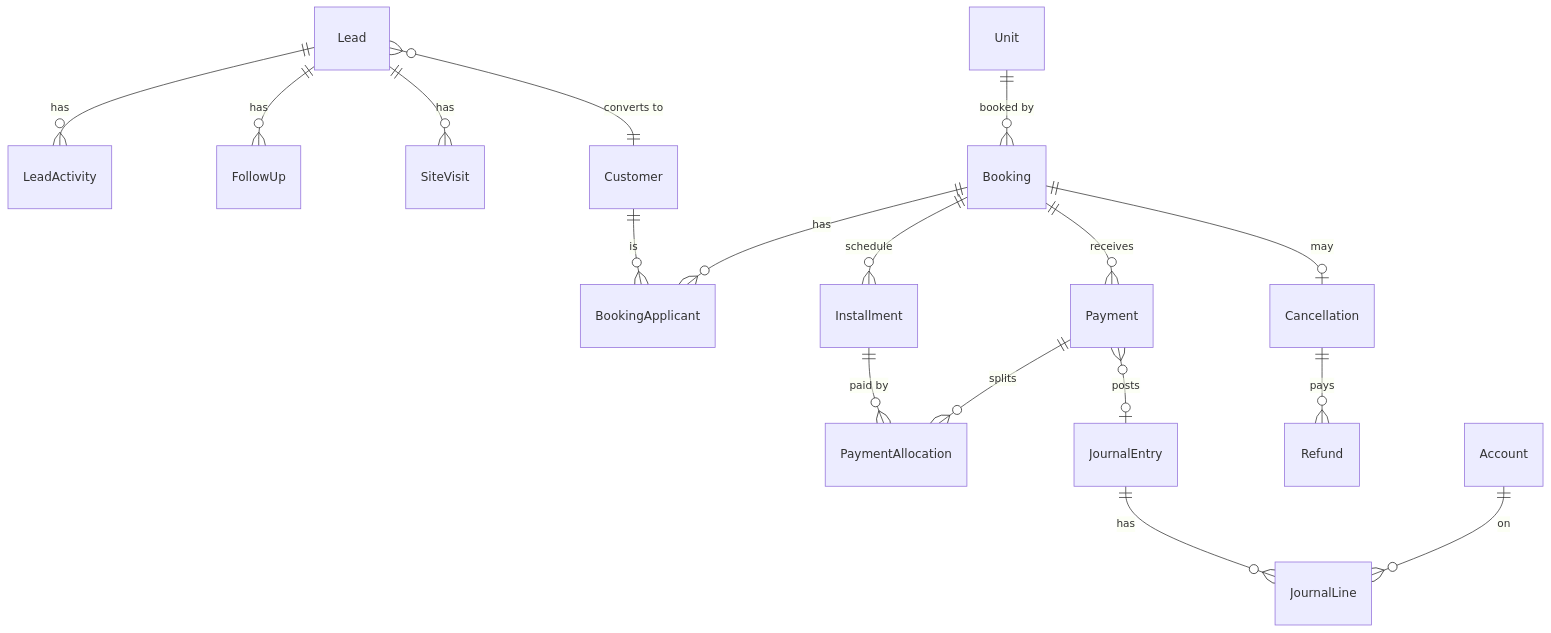
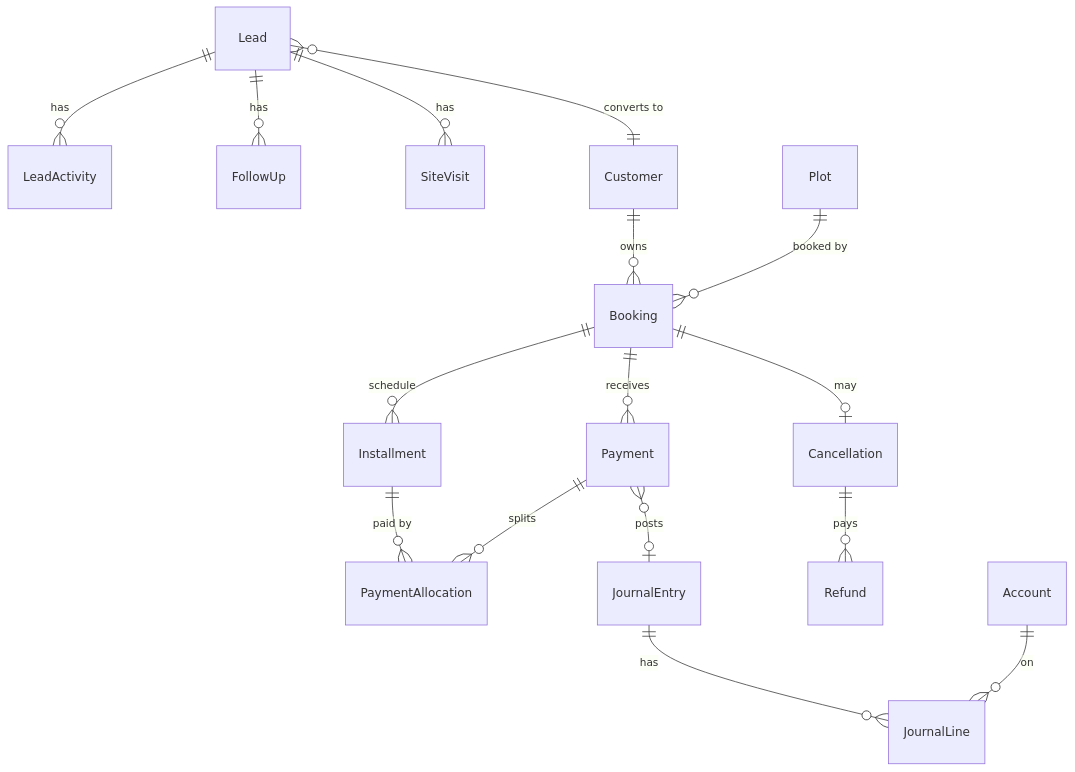
One commit to limon513/fujisan-erp-backend changed the third of 3 diagrams in docs/03-database-design.md. Above: the diagram before and after it, drawn with Mermaid. The commit also changed other lines of this file and 2 other files, not shown here.

````diff
--- a/docs/03-database-design.md
+++ b/docs/03-database-design.md
@@ -154,19 +170,18 @@
 ```mermaid
 erDiagram
   Lead ||--o{ LeadActivity : has
   Lead ||--o{ FollowUp : has
   Lead ||--o{ SiteVisit : has
   Lead }o--|| Customer : "converts to"
-  Customer ||--o{ BookingApplicant : is
-  Booking ||--o{ BookingApplicant : has
-  Unit ||--o{ Booking : "booked by"
+  Customer ||--o{ Booking : owns
+  Plot ||--o{ Booking : "booked by"
   Booking ||--o{ Installment : schedule
   Booking ||--o{ Payment : receives
   Payment ||--o{ PaymentAllocation : splits
   Installment ||--o{ PaymentAllocation : "paid by"
   Booking ||--o| Cancellation : may
   Cancellation ||--o{ Refund : pays
   Payment }o--o| JournalEntry : posts
   JournalEntry ||--o{ JournalLine : has
   Account ||--o{ JournalLine : on
 ```
````
